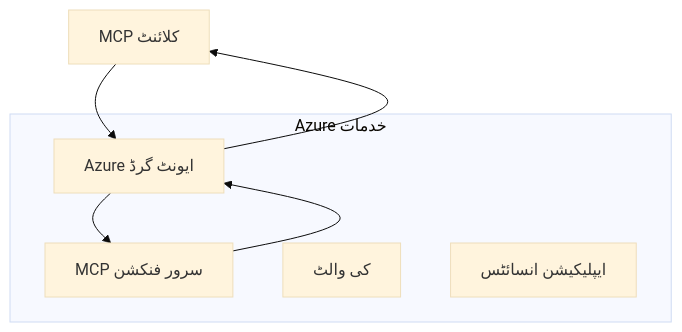
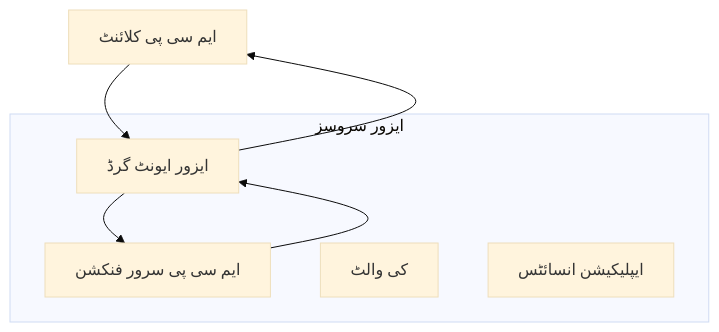
The first of 2 diagrams in mcp_ecosystem__model_context_protocol/mcp_learning_resources/mcp-for-beginners/translations/ur/05-AdvancedTopics/mcp-transport/README.md (HIDORAKAI002/ai-workspace-archive), drawn with Mermaid (base theme) before and after one commit. The commit also changed other lines of this file and 1539 other files, not shown here.

````diff
--- a/mcp_ecosystem__model_context_protocol/mcp_learning_resources/mcp-for-beginners/translations/ur/05-AdvancedTopics/mcp-transport/README.md
+++ b/mcp_ecosystem__model_context_protocol/mcp_learning_resources/mcp-for-beginners/translations/ur/05-AdvancedTopics/mcp-transport/README.md
@@ -58,14 +58,14 @@
 ```mermaid
 graph TB
-    Client[MCP کلائنٹ] --> EG[Azure ایونٹ گرڈ]
-    EG --> Server[MCP سرور فنکشن]
+    Client[ایم سی پی کلائنٹ] --> EG[ایزور ایونٹ گرڈ]
+    EG --> Server[ایم سی پی سرور فنکشن]
     Server --> EG
     EG --> Client
     
-    subgraph "Azure خدمات"
+    subgraph "ایزور سروسز"
         EG
         Server
         KV[کی والٹ]
         Monitor[ایپلیکیشن انسائٹس]
     end
 ```
````
